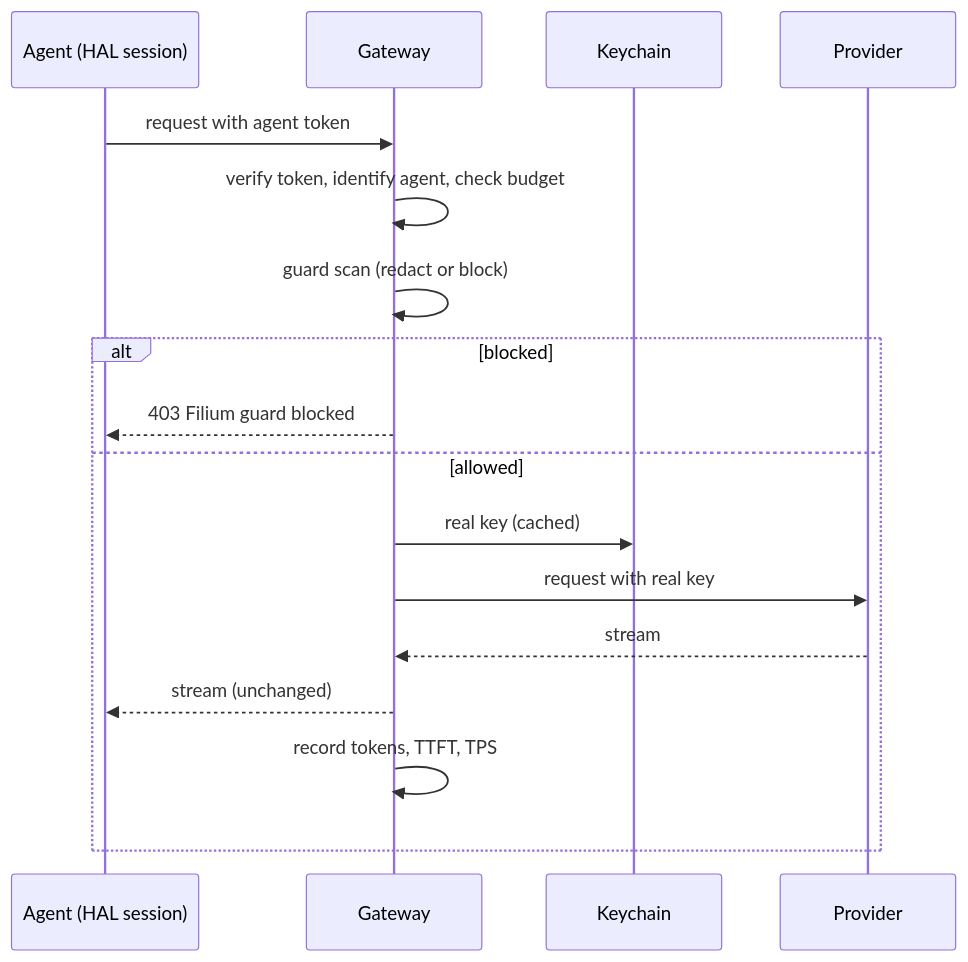
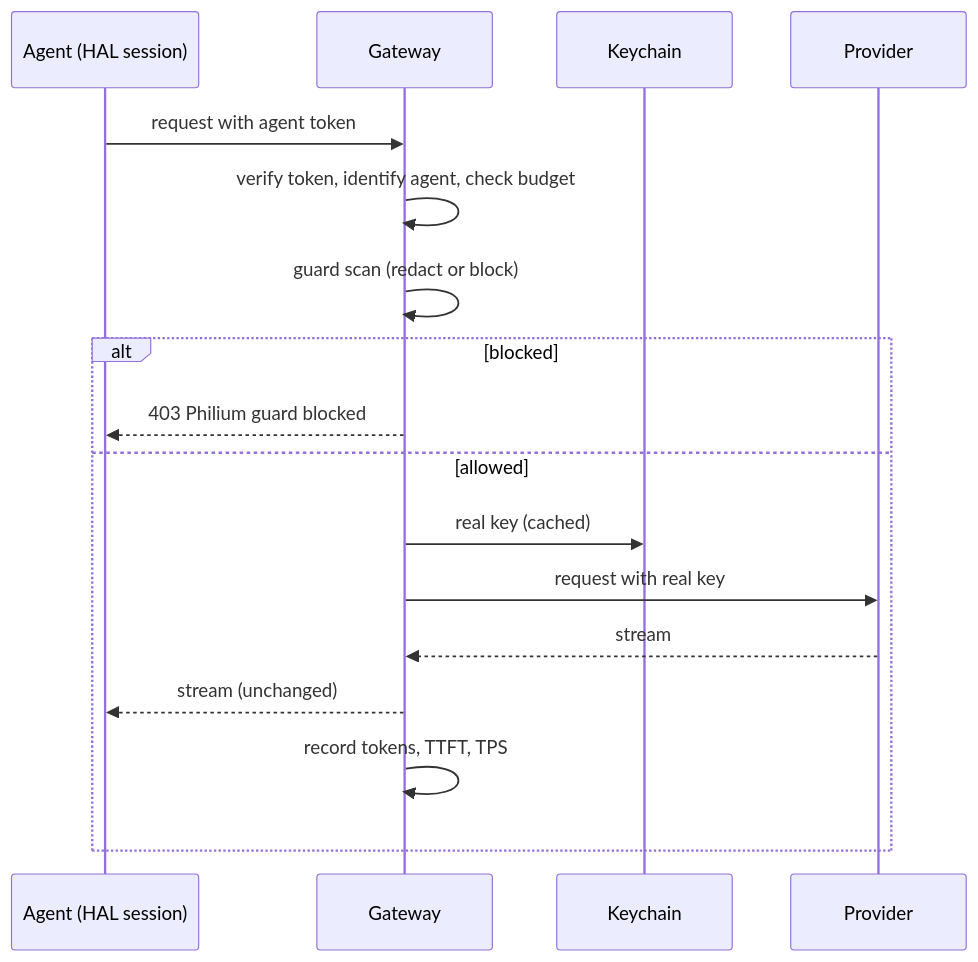
Before and after one commit to fimgu/philium: the fifth of 8 diagrams in docs/SPEC.md, drawn with Mermaid. The commit also changed other lines of this file, not shown here.

Commit message:
docs(spec): rename to Philium, add teardown policy and self-improvement

````diff
--- a/docs/SPEC.md
+++ b/docs/SPEC.md
@@ -316,19 +356,19 @@
 ```mermaid
 sequenceDiagram
   participant A as Agent (HAL session)
   participant G as Gateway
   participant K as Keychain
   participant P as Provider
   A->>G: request with agent token
   G->>G: verify token, identify agent, check budget
   G->>G: guard scan (redact or block)
   alt blocked
-    G-->>A: 403 Filium guard blocked
+    G-->>A: 403 Philium guard blocked
   else allowed
     G->>K: real key (cached)
     G->>P: request with real key
     P-->>G: stream
     G-->>A: stream (unchanged)
     G->>G: record tokens, TTFT, TPS
   end
 ```
````
